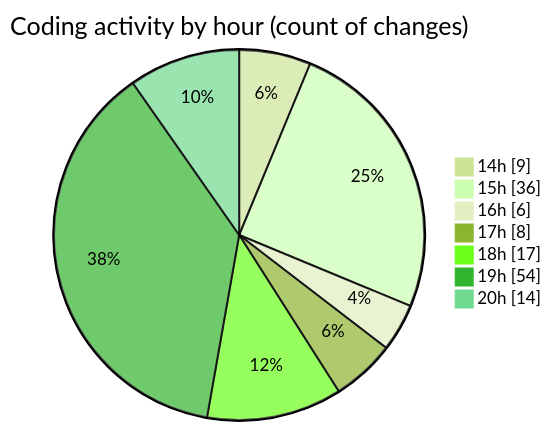
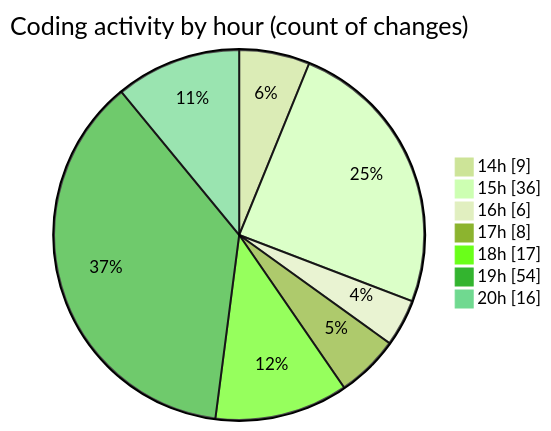
The second of 2 diagrams in 2025-06-17/projects/README.md (Ritupan-Deka/code-tracking), drawn with Mermaid (forest theme) before and after one commit. The commit also changed other lines of this file and 1 other file, not shown here.

````diff
--- a/2025-06-17/projects/README.md
+++ b/2025-06-17/projects/README.md
@@ -29,11 +29,11 @@
 ```mermaid
 pie showData
 title Coding activity by hour (count of changes)
 "14h" : 9
 "15h" : 36
 "16h" : 6
 "17h" : 8
 "18h" : 17
 "19h" : 54
-"20h" : 14
+"20h" : 16
 ```
````
